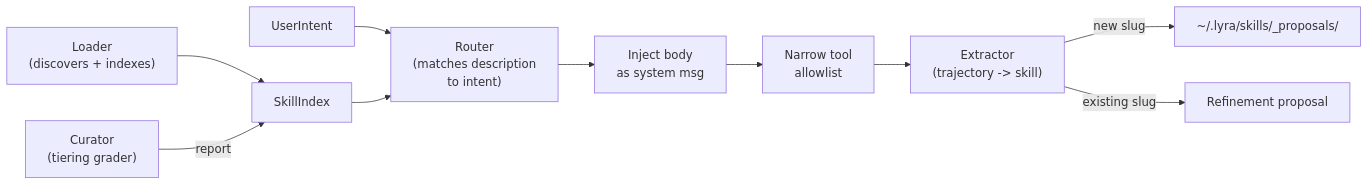
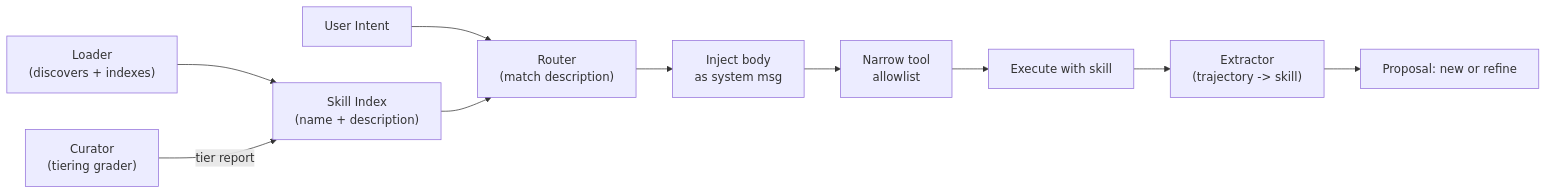
The diagram in docs/concepts/03-skills.md (ndqkhanh/lyra), drawn with Mermaid before and after one commit. The commit also changed other lines of this file and 65 other files, not shown here.

````diff
--- a/docs/concepts/03-skills.md
+++ b/docs/concepts/03-skills.md
@@ -7,18 +11,12 @@
 ```mermaid
 flowchart LR
-    Loader["Loader<br/>(discovers + indexes)"]
-    Router["Router<br/>(matches description<br/>to intent)"]
-    Inject["Inject body<br/>as system msg"]
-    Narrow["Narrow tool<br/>allowlist"]
-    Extractor["Extractor<br/>(trajectory -> skill)"]
-    Curator["Curator<br/>(tiering grader)"]
-
-    Loader --> SkillIndex
-    UserIntent --> Router
-    SkillIndex --> Router
-    Router --> Inject --> Narrow
-    Narrow --> Extractor
-    Extractor -->|new slug| Proposal["~/.lyra/skills/_proposals/"]
-    Extractor -->|existing slug| Refinement["Refinement proposal"]
-    Curator -->|report| SkillIndex
+    Loader["Loader<br/>(discovers + indexes)"] --> Index["Skill Index<br/>(name + description)"]
+    Intent["User Intent"] --> Router["Router<br/>(match description)"]
+    Index --> Router
+    Router --> Inject["Inject body<br/>as system msg"]
+    Inject --> Narrow["Narrow tool<br/>allowlist"]
+    Narrow --> Exec["Execute with skill"]
+    Exec --> Extractor["Extractor<br/>(trajectory -> skill)"]
+    Extractor --> Proposal["Proposal: new or refine"]
+    Curator["Curator<br/>(tiering grader)"] -->|tier report| Index
 ```
````
